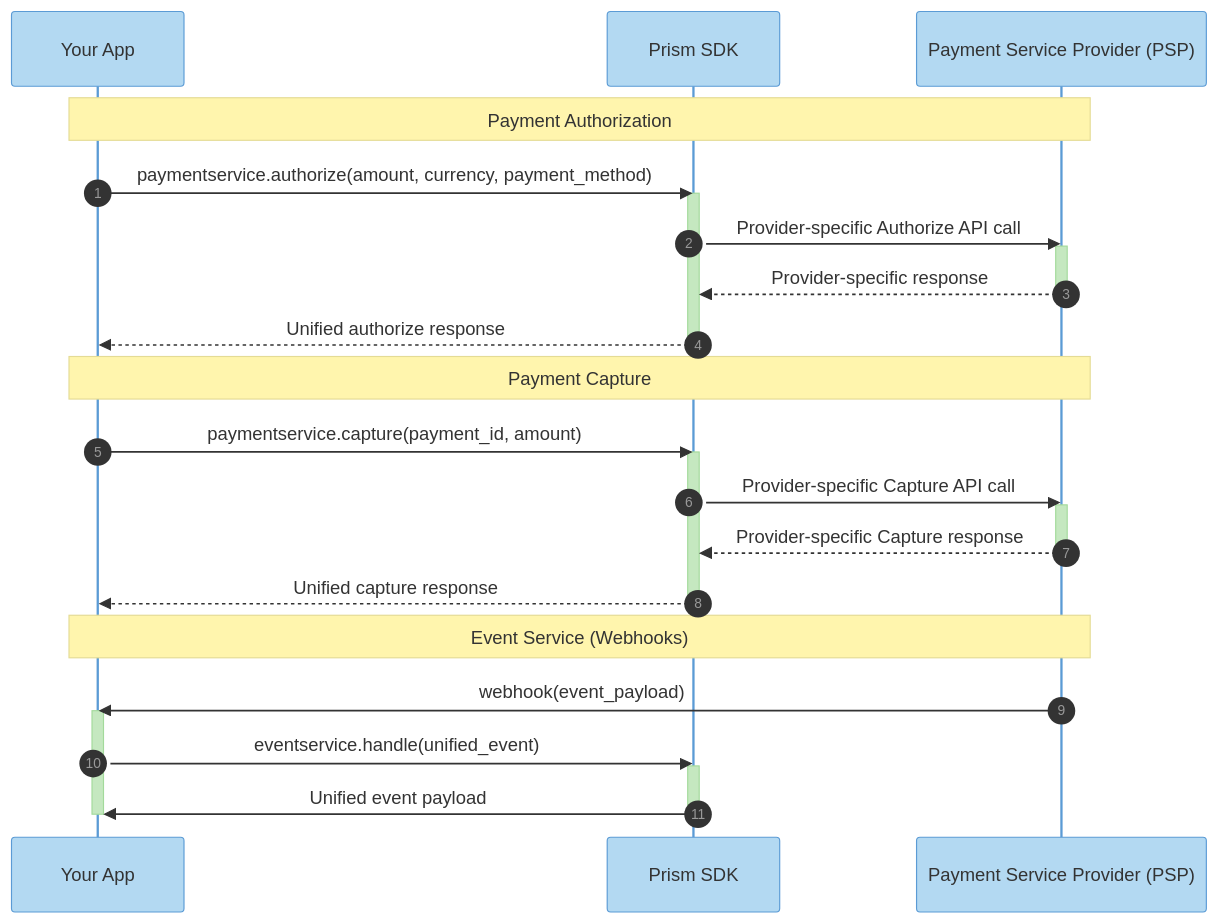
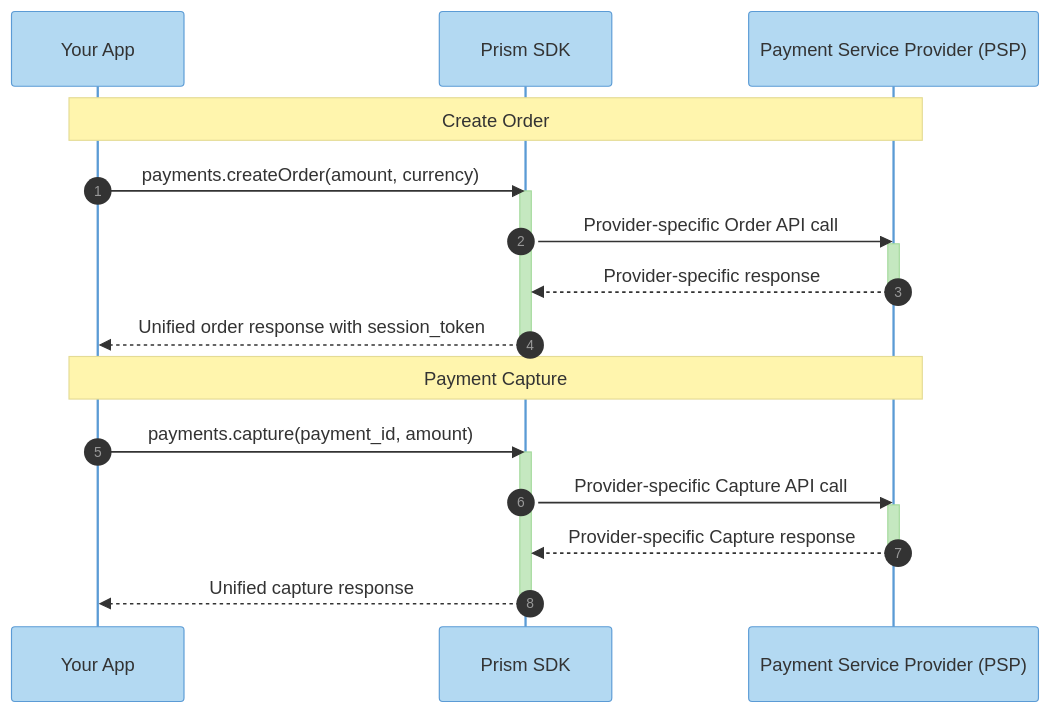
Before and after one commit to juspay/connector-service: the diagram in docs/README.md, drawn with Mermaid. The commit also changed other lines of this file, not shown here.

First line of the commit message:
docs: Update README with createOrder flow and Braintree switching example

````diff
--- a/docs/README.md
+++ b/docs/README.md
@@ -68,38 +68,29 @@
 ```mermaid
 %%{init: {'theme': 'base', 'themeVariables': { 'primaryColor': '#B3D9F2', 'primaryTextColor': '#333333', 'primaryBorderColor': '#5B9BD5', 'lineColor': '#666666', 'secondaryColor': '#C5E8C0', 'tertiaryColor': '#F9B872'}}}%%
 sequenceDiagram
    autonumber
    participant App as Your App
    participant SDK as Prism SDK
    participant PSP as Payment Service Provider (PSP)
    
-   Note over App,PSP: Payment Authorization
-   App->>SDK: paymentservice.authorize(amount, currency, payment_method)
+   Note over App,PSP: Create Order
+   App->>SDK: payments.createOrder(amount, currency)
    activate SDK
-   SDK->>PSP: Provider-specific Authorize API call
+   SDK->>PSP: Provider-specific Order API call
    activate PSP
    PSP-->>SDK: Provider-specific response
    deactivate PSP
-   SDK-->>App: Unified authorize response
+   SDK-->>App: Unified order response with session_token
    deactivate SDK
 
    Note over App,PSP: Payment Capture
-   App->>SDK: paymentservice.capture(payment_id, amount)
+   App->>SDK: payments.capture(payment_id, amount)
    activate SDK
    SDK->>PSP: Provider-specific Capture API call
    activate PSP
    PSP-->>SDK: Provider-specific Capture response
    deactivate PSP
    SDK-->>App: Unified capture response
    deactivate SDK
 
-   Note over App,PSP: Event Service (Webhooks)
-   PSP->>App: webhook(event_payload)
-   activate App
-   App->>SDK: eventservice.handle(unified_event)
-   activate SDK
-   SDK->>App: Unified event payload
-   deactivate SDK
-   deactivate App
-
 ```
````
